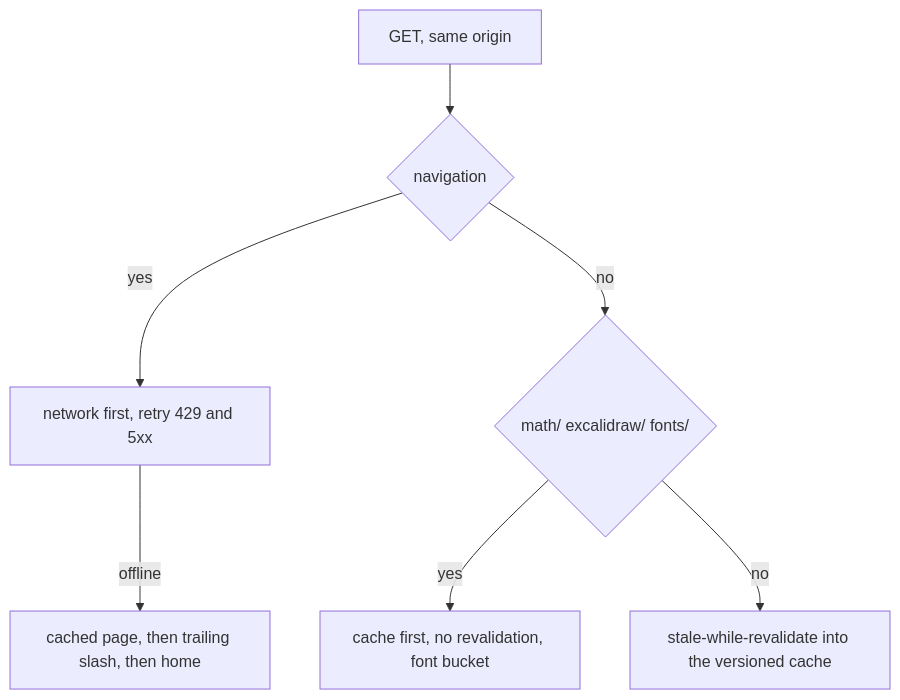
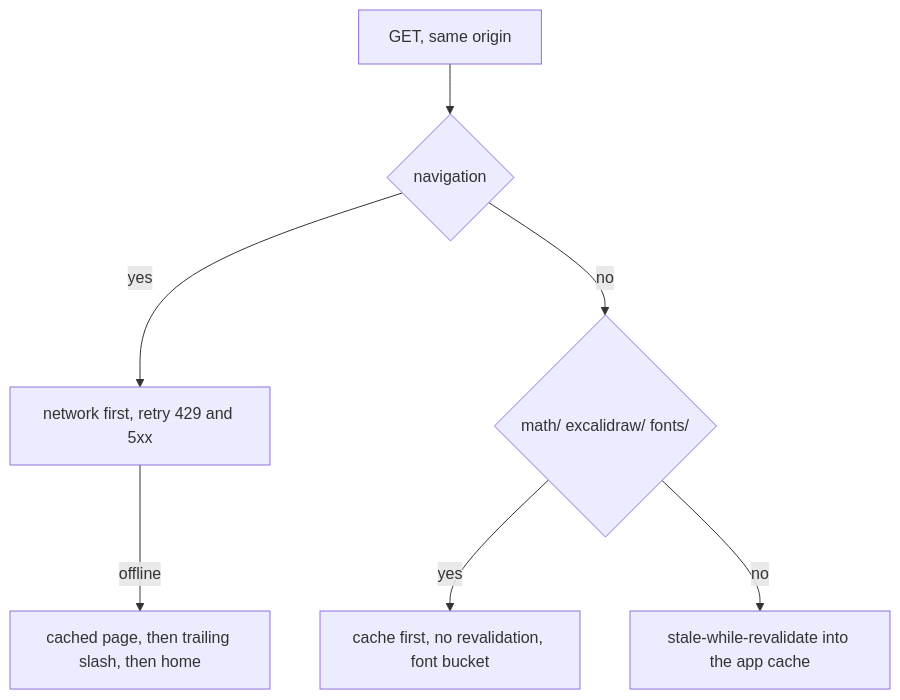
One commit to Kieran-s-Artisnal-Slop-Factory/notey changed the second of 2 diagrams in docs/dev/service-worker-and-offline.md. Above: the diagram before and after it, drawn with Mermaid. The commit also changed other lines of this file and 43 other files, not shown here.

````diff
--- a/docs/dev/service-worker-and-offline.md
+++ b/docs/dev/service-worker-and-offline.md
@@ -67,9 +142,9 @@
 ```mermaid
 flowchart TD
   A[GET, same origin] --> B{navigation}
   B -->|yes| C[network first, retry 429 and 5xx]
   C -->|offline| D[cached page, then trailing slash, then home]
   B -->|no| E{math/ excalidraw/ fonts/}
   E -->|yes| F[cache first, no revalidation, font bucket]
-  E -->|no| G[stale-while-revalidate into the versioned cache]
+  E -->|no| G[stale-while-revalidate into the app cache]
 ```
````
